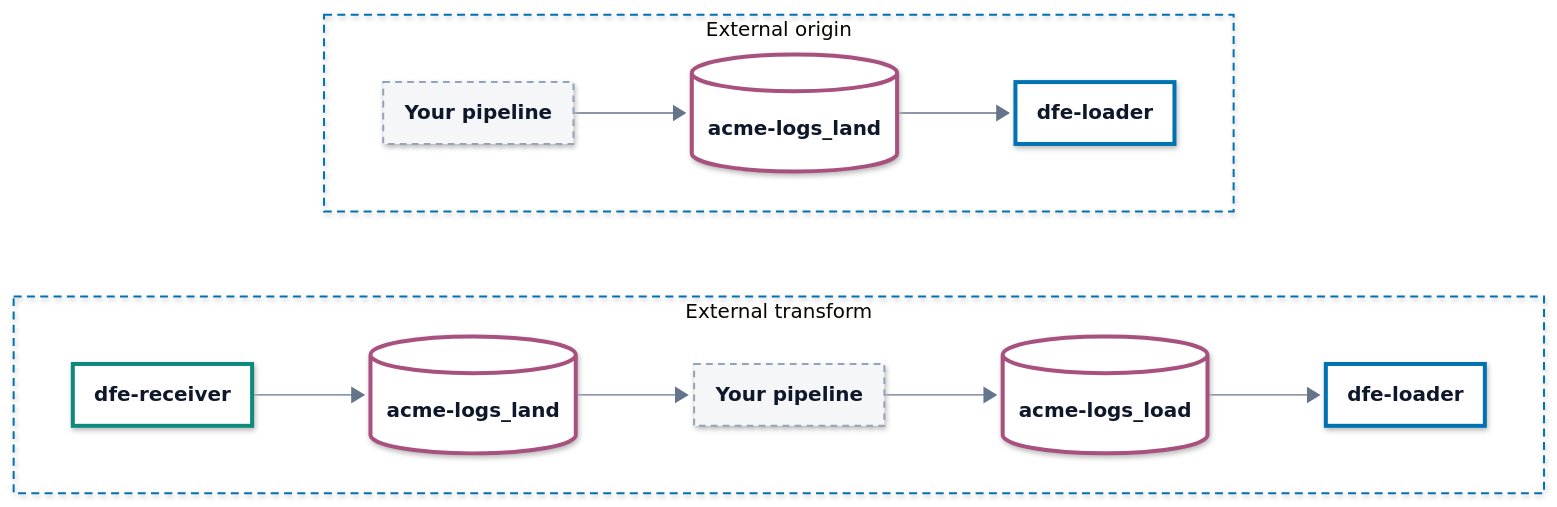
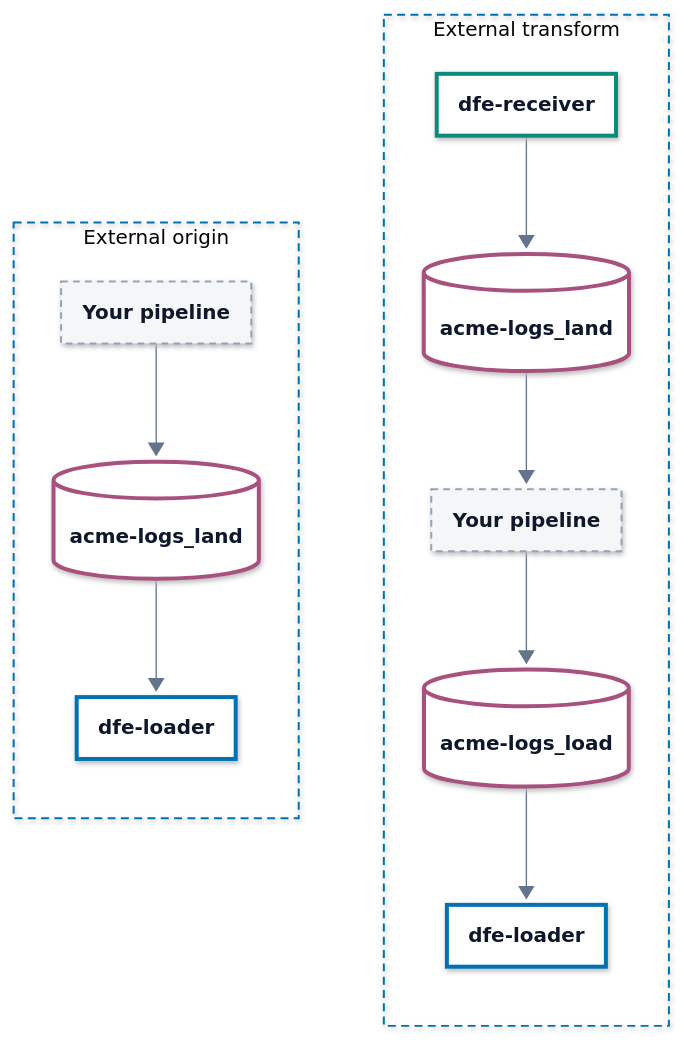
One commit to hyperi-io/dfe-engine changed the diagram in docs/data-plane/external-pipelines.md. Above: the diagram before and after it, drawn with Mermaid. The commit also changed 32 other files, not shown here.

First line of the commit message:
docs(architecture): engine page to the standard, diagrams to 860 px (#1209)

````diff
--- a/docs/data-plane/external-pipelines.md
+++ b/docs/data-plane/external-pipelines.md
@@ -9,79 +9,79 @@
 ```mermaid
 ---
 config:
   theme: base
   look: neo
   fontFamily: Inter, -apple-system, Segoe UI, Roboto, Helvetica, Arial, sans-serif
   flowchart:
     curve: linear
     nodeSpacing: 40
     rankSpacing: 64
     padding: 18
     wrappingWidth: 280
     htmlLabels: true
   elk:
     preset: modelOrder
   themeVariables:
     fontSize: 15px
     lineColor: "#64748B"
     primaryTextColor: "#0F172A"
     clusterBorder: "#0072B2"
     edgeLabelBackground: "#FFFFFF"
   themeCSS: >-
     p{margin:0}
     .node[data-look] rect,.node[data-look] path,.node[data-look] polygon,.node[data-look] .outer-path{filter:drop-shadow(0 1px 2px rgba(15,23,42,.10)) drop-shadow(0 6px 14px rgba(15,23,42,.10))}
     .node rect{rx:10px;ry:10px}
     .cluster rect{rx:16px;ry:16px}
     .node .label div{min-width:150px}
     .node.decision .label div{min-width:0}
     .cluster[data-look] rect{filter:none}
     .nodeLabel{line-height:1.35}
     .nodeLabel b{font-weight:600;font-size:15px;letter-spacing:-0.01em}
     .nodeLabel span{font-size:12.5px;font-weight:400;color:#334155}
     .cluster-label span.nodeLabel{display:inline-block;background:#FFFFFF;color:#0B2A3F;border:1.5px solid #0072B2;border-radius:999px;padding:2px 12px;font-size:11.5px;font-weight:700;letter-spacing:.09em;text-transform:uppercase}
     .flowchart-link{stroke-width:1.75px}
     .labelBkg{background:transparent!important}
     span.edgeLabel{display:inline-block;background:#FFFFFF!important;color:#1E293B;border:1px solid #94A3B8;border-radius:999px;padding:2px 10px;font-size:12px;font-weight:500}
     span.edgeLabel p{background:transparent!important}
     .label-icon{width:20px;height:20px;vertical-align:-4px;margin-right:6px}
     .ingest .label-icon{color:#0E8A7D}
     .xform .label-icon{color:#7B4FB0}
     .load .label-icon{color:#0072B2}
     .bus .label-icon{color:#A8517F}
     .store .label-icon{color:#00785A}
     .ui .label-icon{color:#D9480F}
     .ext .label-icon{color:#64748B}
 ---
-flowchart TB
+flowchart LR
   accTitle: L4 Detail -- External pipeline plug-in points
   accDescr: As an origin, your pipeline produces to the source's landing topic and the loader reads it. As a transform, the receiver produces to the landing topic, your pipeline reads it and produces to the transformed topic, and the loader reads that.
 
   subgraph origin["External origin"]
-    direction LR
+    direction TB
     pipe1["<b>Your pipeline</b>"] --> land1[("<b>acme-logs_land</b>")] --> loader1["<b>dfe-loader</b>"]
   end
 
   subgraph transform["External transform"]
-    direction LR
+    direction TB
     receiver["<b>dfe-receiver</b>"] --> land2[("<b>acme-logs_land</b>")] --> pipe2["<b>Your pipeline</b>"] --> load2[("<b>acme-logs_load</b>")] --> loader2["<b>dfe-loader</b>"]
   end
 
   origin ~~~ transform
+  class pipe1,pipe2 ext
+  class receiver ingest
+  class loader1,loader2 load
+  class land1,land2,load2 bus
   classDef ext fill:#F4F6F8,stroke:#94A3B8,stroke-width:1.5px,stroke-dasharray:5 4,color:#0F172A
   classDef ingest fill:#FFFFFF,stroke:#0E8A7D,stroke-width:3px,color:#0F172A
   classDef xform fill:#FFFFFF,stroke:#7B4FB0,stroke-width:3px,color:#0F172A
   classDef load fill:#FFFFFF,stroke:#0072B2,stroke-width:3px,color:#0F172A
   classDef bus fill:#FFFFFF,stroke:#A8517F,stroke-width:3px,color:#0F172A
   classDef store fill:#FFFFFF,stroke:#00785A,stroke-width:3px,color:#0F172A
   classDef ui fill:#FFFFFF,stroke:#D9480F,stroke-width:3px,color:#0F172A
   classDef decision fill:#FFFFFF,stroke:#9A6700,stroke-width:3px,color:#0F172A
   classDef error fill:#FFFFFF,stroke:#C2410C,stroke-width:3px,color:#0F172A
   classDef control fill:#FFFFFF,stroke:#334155,stroke-width:3px,color:#0F172A
   classDef part fill:#FFFFFF,stroke:#94A3B8,stroke-width:1.5px,color:#0F172A
-  class pipe1,pipe2 ext
-  class receiver ingest
-  class loader1,loader2 load
-  class land1,land2,load2 bus
   style origin fill:none,stroke:#0072B2,stroke-width:1.5px,stroke-dasharray:6 4
   style transform fill:none,stroke:#0072B2,stroke-width:1.5px,stroke-dasharray:6 4
 ```
````
